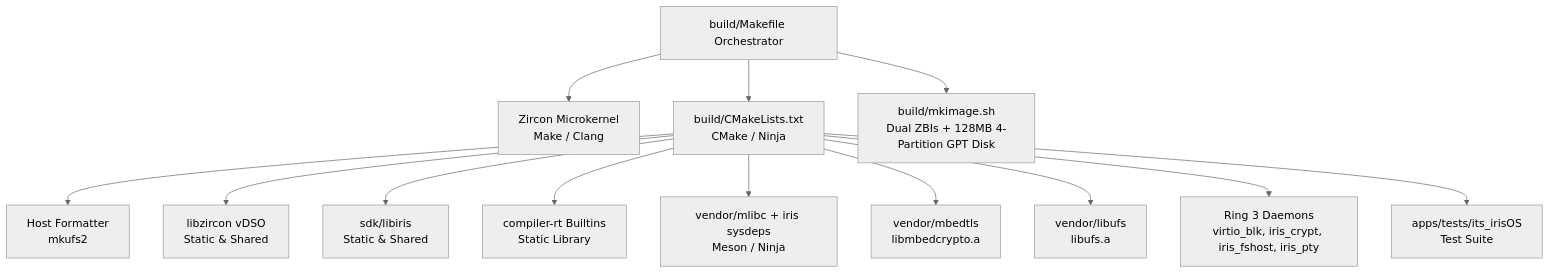
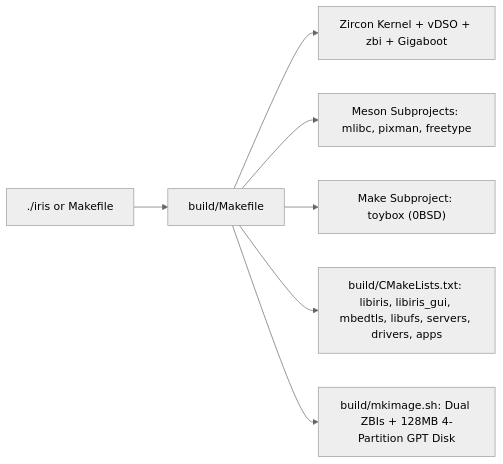
One commit to stirbeiu/irisOS changed the diagram in docs/build_system.md. Above: the diagram before and after it, drawn with Mermaid (neutral theme). The commit also changed other lines of this file and 28 other files, not shown here.

````diff
--- a/docs/build_system.md
+++ b/docs/build_system.md
@@ -7,15 +6,9 @@
 ```mermaid
-flowchart TD
-    Master[build/Makefile Orchestrator] --> Zircon[Zircon Microkernel\nMake / Clang]
-    Master --> CMake[build/CMakeLists.txt\nCMake / Ninja]
-    CMake --> HostTools[Host Formatter\nmkufs2]
-    CMake --> ZirconVDSO[libzircon vDSO\nStatic & Shared]
-    CMake --> LibIris[sdk/libiris\nStatic & Shared]
-    CMake --> CompilerRT[compiler-rt Builtins\nStatic Library]
-    CMake --> MLibc[vendor/mlibc + iris sysdeps\nMeson / Ninja]
-    CMake --> MbedTLS[vendor/mbedtls\nlibmbedcrypto.a]
-    CMake --> LibUFS[vendor/libufs\nlibufs.a]
-    CMake --> Servers[Ring 3 Daemons\nvirtio_blk, iris_crypt, iris_fshost, iris_pty]
-    CMake --> Tests[apps/tests/its_irisOS\nTest Suite]
-    Master --> MkImage[build/mkimage.sh\nDual ZBIs + 128MB 4-Partition GPT Disk]
+flowchart LR
+    CLI["./iris or Makefile"] --> Orch["build/Makefile"]
+    Orch --> Zircon["Zircon Kernel + vDSO + zbi + Gigaboot"]
+    Orch --> Meson["Meson Subprojects: mlibc, pixman, freetype"]
+    Orch --> Make["Make Subproject: toybox (0BSD)"]
+    Orch --> CMake["build/CMakeLists.txt: libiris, libiris_gui, mbedtls, libufs, servers, drivers, apps"]
+    Orch --> Image["build/mkimage.sh: Dual ZBIs + 128MB 4-Partition GPT Disk"]
 ```
````
